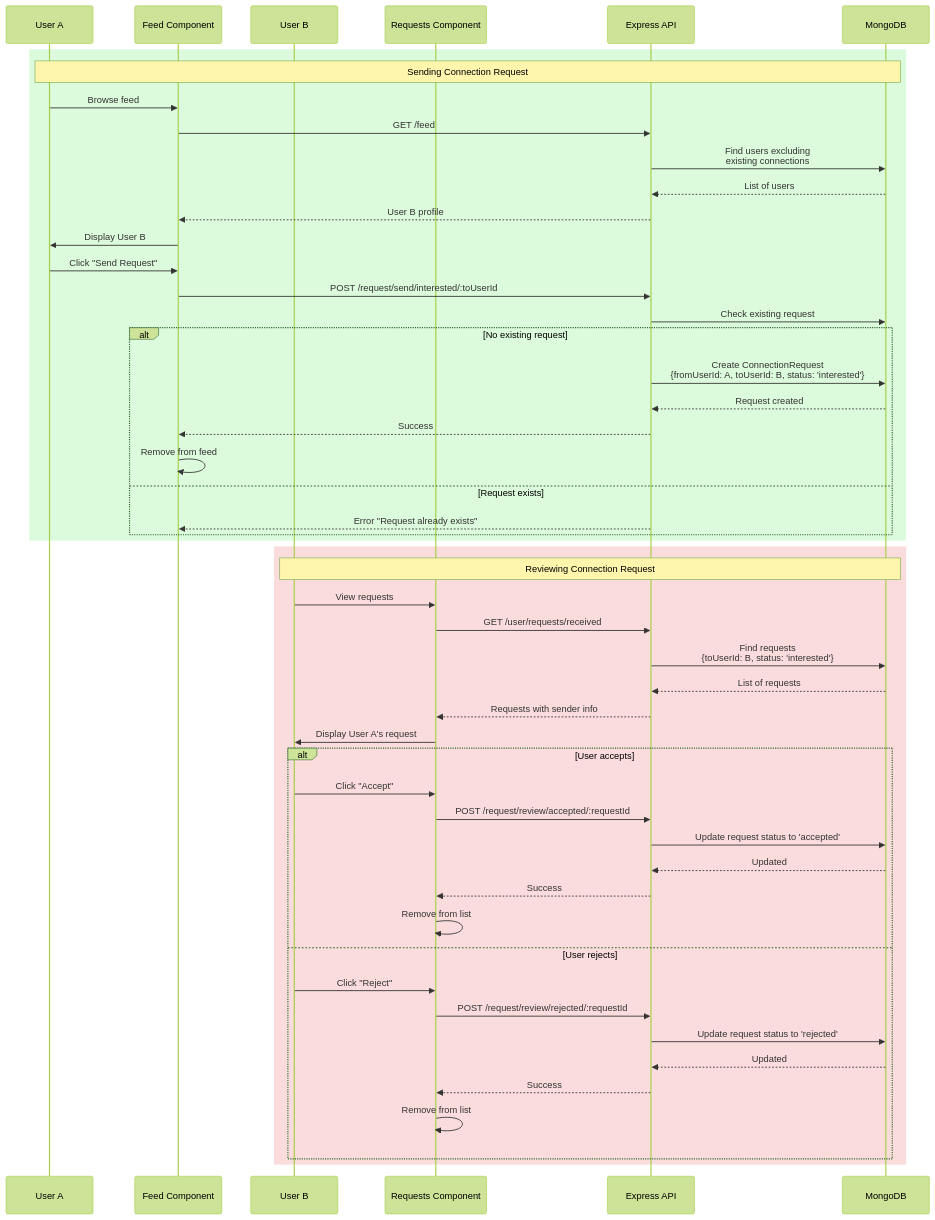
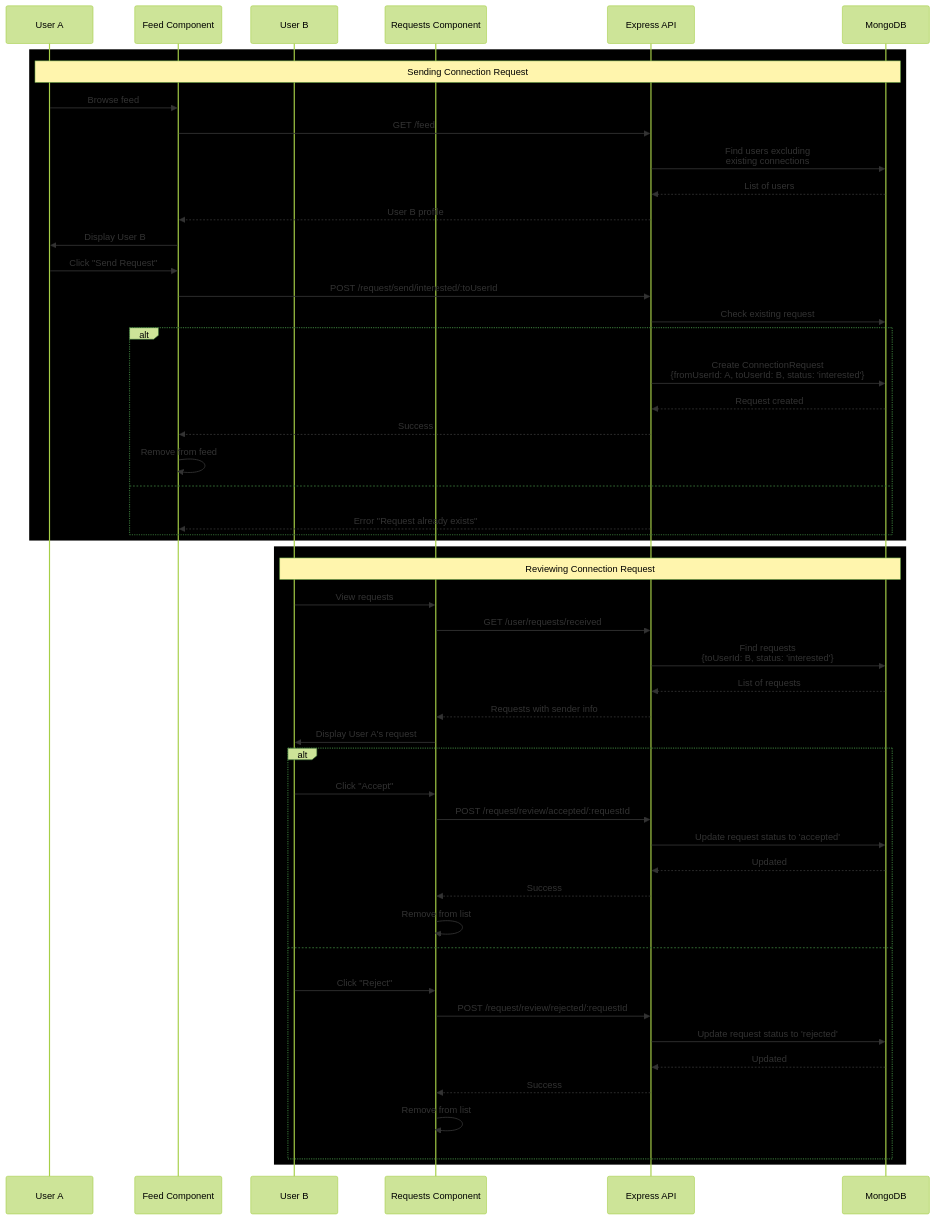
One commit to Gopal1252/DevConnect changed the third of 3 diagrams in docs/API.md. Above: the diagram before and after it, drawn with Mermaid (forest theme). The commit also changed other lines of this file, not shown here.

Commit message:
fixed diagrams

````diff
--- a/docs/API.md
+++ b/docs/API.md
@@ -1111,56 +1111,56 @@
 ```mermaid
 sequenceDiagram
     participant U1 as User A
     participant F as Feed Component
     participant U2 as User B
     participant R as Requests Component
     participant API as Express API
     participant DB as MongoDB
     
-    rect rgb(220, 250, 220)
+    rect rgb(0, 0, 0)
     Note over U1,DB: Sending Connection Request
     U1->>F: Browse feed
     F->>API: GET /feed
     API->>DB: Find users excluding<br/>existing connections
     DB-->>API: List of users
     API-->>F: User B profile
     F->>U1: Display User B
     U1->>F: Click "Send Request"
     F->>API: POST /request/send/interested/:toUserId
     API->>DB: Check existing request
     alt No existing request
         API->>DB: Create ConnectionRequest<br/>{fromUserId: A, toUserId: B, status: 'interested'}
         DB-->>API: Request created
         API-->>F: Success
         F->>F: Remove from feed
     else Request exists
         API-->>F: Error "Request already exists"
     end
     end
     
-    rect rgb(250, 220, 220)
+    rect rgb(0, 0, 0)
     Note over U2,DB: Reviewing Connection Request
     U2->>R: View requests
     R->>API: GET /user/requests/received
     API->>DB: Find requests<br/>{toUserId: B, status: 'interested'}
     DB-->>API: List of requests
     API-->>R: Requests with sender info
     R->>U2: Display User A's request
     
     alt User accepts
         U2->>R: Click "Accept"
         R->>API: POST /request/review/accepted/:requestId
         API->>DB: Update request status to 'accepted'
         DB-->>API: Updated
         API-->>R: Success
         R->>R: Remove from list
     else User rejects
         U2->>R: Click "Reject"
         R->>API: POST /request/review/rejected/:requestId
         API->>DB: Update request status to 'rejected'
         DB-->>API: Updated
         API-->>R: Success
         R->>R: Remove from list
     end
     end
 ```
````
